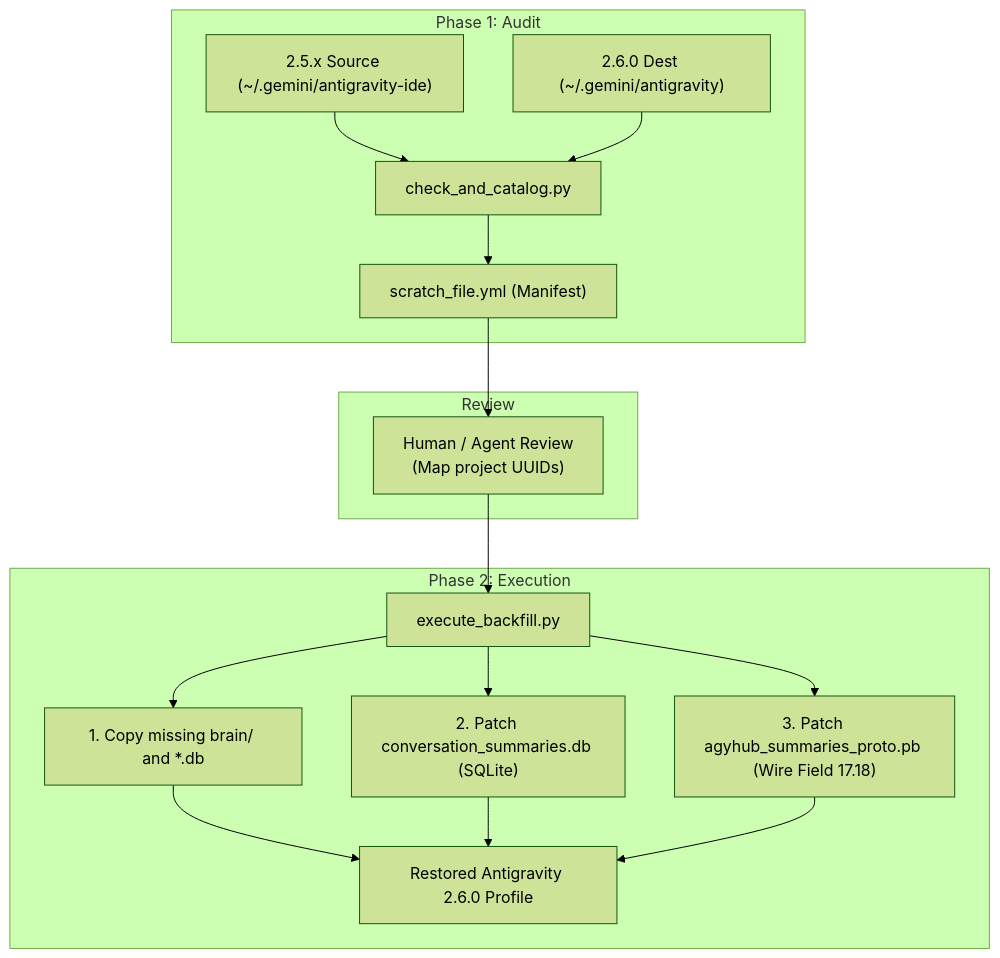
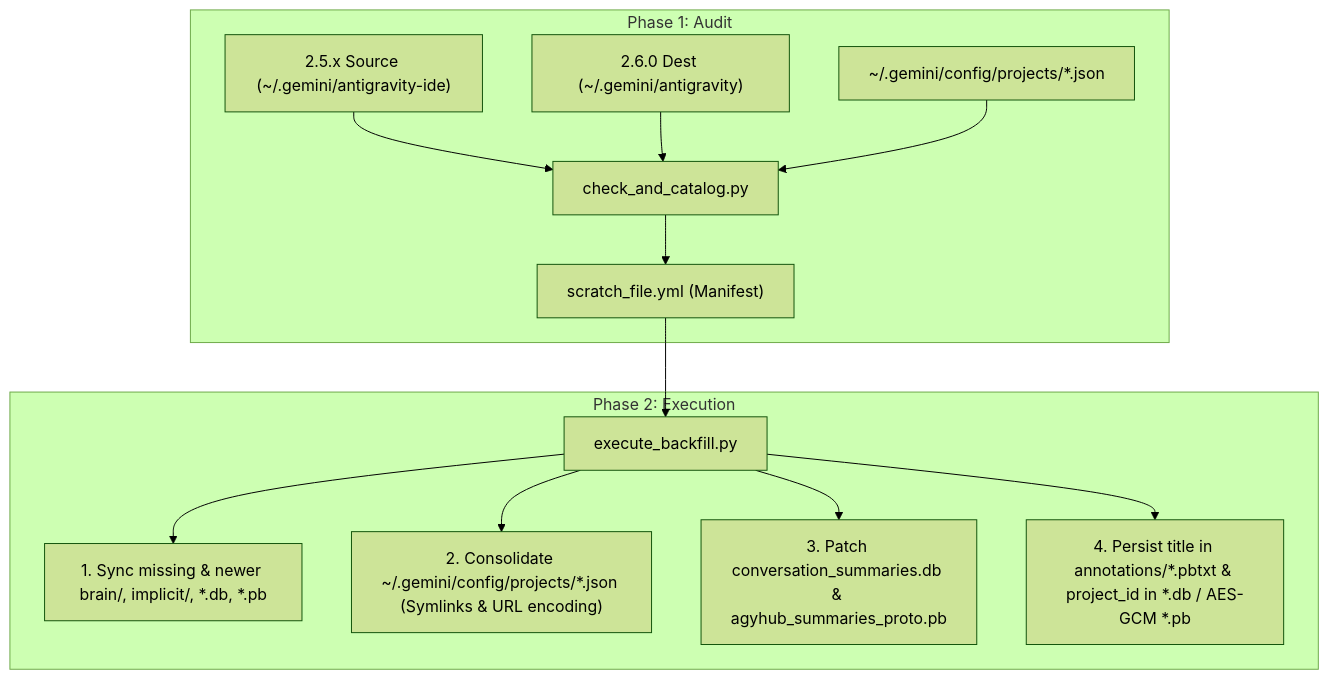
The diagram in README.md (wh-sugiharto/agy-restore-2.5.x-2.6.0), drawn with Mermaid (forest theme) before and after one commit. The commit also changed other lines of this file and 3 other files, not shown here.

Commit message:
Enhance migration toolkit: three-phase sync, permanent pb/pbtxt persistence, symlink dedup, and macOS support

````diff
--- a/README.md
+++ b/README.md
@@ -171,22 +212,17 @@
 ```mermaid
 flowchart TD
     subgraph Phase 1: Audit
         A["2.5.x Source (~/.gemini/antigravity-ide)"] --> C["check_and_catalog.py"]
         B["2.6.0 Dest (~/.gemini/antigravity)"] --> C
+        P["~/.gemini/config/projects/*.json"] --> C
         C --> D["scratch_file.yml (Manifest)"]
     end
 
-    subgraph Review
-        D --> E["Human / Agent Review<br>(Map project UUIDs)"]
-    end
-
     subgraph Phase 2: Execution
-        E --> F["execute_backfill.py"]
-        F --> G["1. Copy missing brain/ and *.db"]
-        F --> H["2. Patch conversation_summaries.db (SQLite)"]
-        F --> I["3. Patch agyhub_summaries_proto.pb (Wire Field 17.18)"]
-        G --> J["Restored Antigravity 2.6.0 Profile"]
-        H --> J
-        I --> J
+        D --> F["execute_backfill.py"]
+        F --> G["1. Sync missing & newer brain/, implicit/, *.db, *.pb"]
+        F --> H["2. Consolidate ~/.gemini/config/projects/*.json (Symlinks & URL encoding)"]
+        F --> I["3. Patch conversation_summaries.db & agyhub_summaries_proto.pb"]
+        F --> J["4. Persist title in annotations/*.pbtxt & project_id in *.db / AES-GCM *.pb"]
     end
 ```
````
